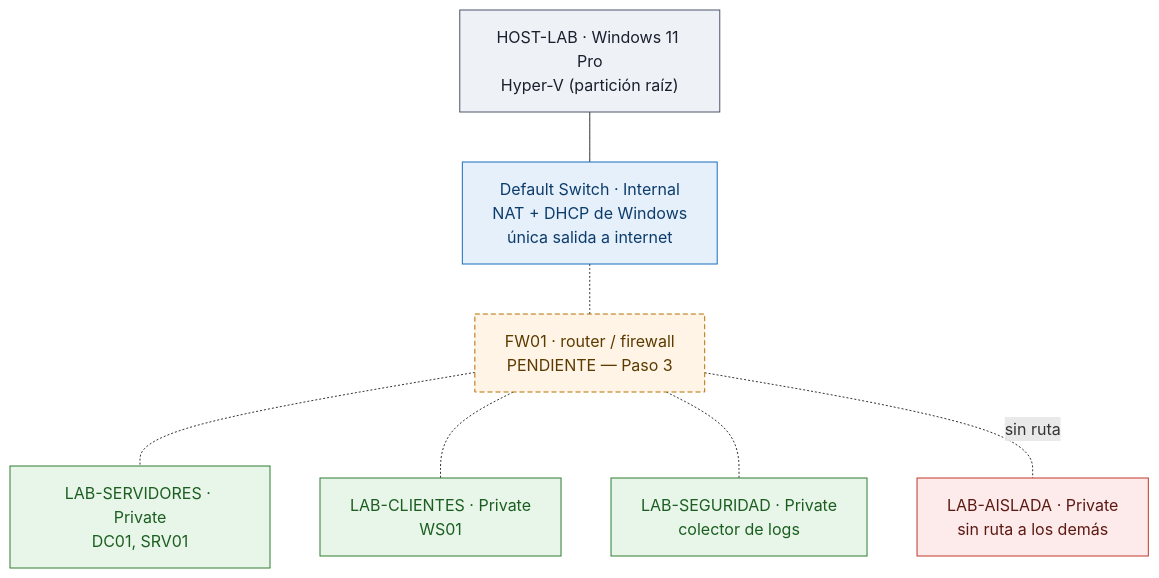
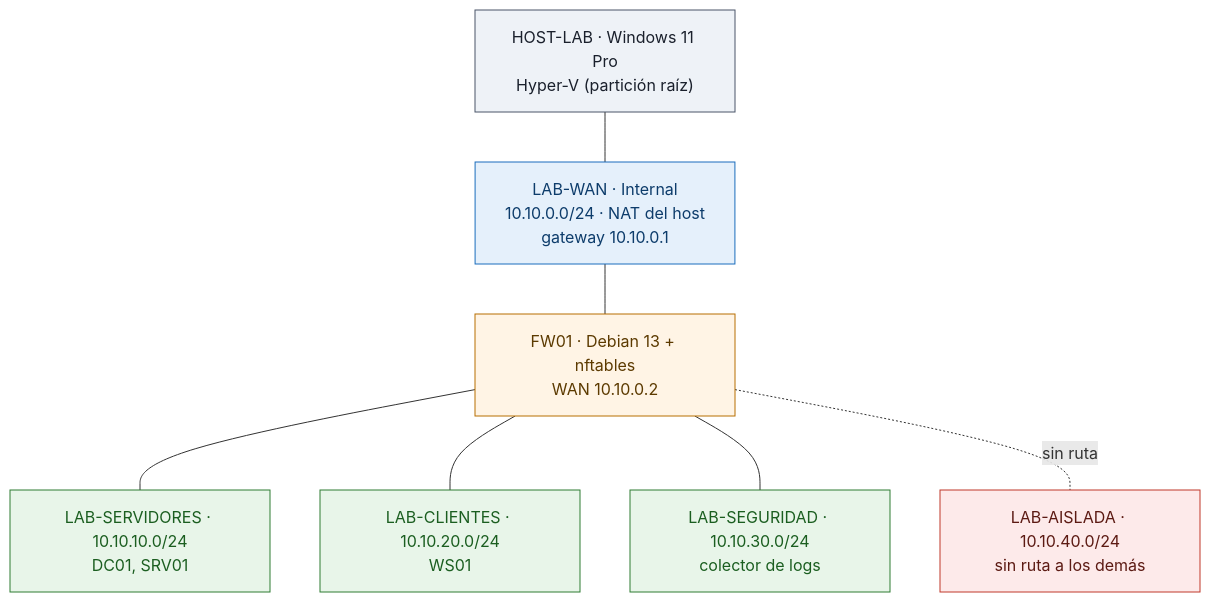
The diagram in README.md (JoacoLgo/homelab), drawn with Mermaid before and after one commit. The commit also changed other lines of this file and 1 other file, not shown here.

Commit message:
Actualizo el estado real del lab

````diff
--- a/README.md
+++ b/README.md
@@ -57,24 +57,24 @@
 ```mermaid
 graph TB
     HOST["HOST-LAB · Windows 11 Pro<br/>Hyper-V (partición raíz)"]:::host
-    NAT["Default Switch · Internal<br/>NAT + DHCP de Windows<br/>única salida a internet"]:::nat
-    FW["FW01 · router / firewall<br/>PENDIENTE — Paso 3"]:::todo
+    WAN["LAB-WAN · Internal<br/>10.10.0.0/24 · NAT del host<br/>gateway 10.10.0.1"]:::nat
+    FW["FW01 · Debian 13 + nftables<br/>WAN 10.10.0.2"]:::fw
 
-    S1["LAB-SERVIDORES · Private<br/>DC01, SRV01"]:::seg
-    S2["LAB-CLIENTES · Private<br/>WS01"]:::seg
-    S3["LAB-SEGURIDAD · Private<br/>colector de logs"]:::seg
-    S4["LAB-AISLADA · Private<br/>sin ruta a los demás"]:::iso
+    S1["LAB-SERVIDORES · 10.10.10.0/24<br/>DC01, SRV01"]:::seg
+    S2["LAB-CLIENTES · 10.10.20.0/24<br/>WS01"]:::seg
+    S3["LAB-SEGURIDAD · 10.10.30.0/24<br/>colector de logs"]:::seg
+    S4["LAB-AISLADA · 10.10.40.0/24<br/>sin ruta a los demás"]:::iso
 
-    HOST --- NAT
-    NAT -.- FW
-    FW -.- S1
-    FW -.- S2
-    FW -.- S3
+    HOST --- WAN
+    WAN --- FW
+    FW --- S1
+    FW --- S2
+    FW --- S3
     FW -.sin ruta.- S4
 
     classDef host fill:#eef2f7,stroke:#4a5568,color:#1a202c
     classDef nat fill:#e5f0fb,stroke:#1a6dbd,color:#0d3c6b
+    classDef fw fill:#fff4e5,stroke:#b76e00,color:#5c3a00
     classDef seg fill:#e8f5e9,stroke:#2e7d32,color:#1b5e20
     classDef iso fill:#fdeaea,stroke:#c0392b,color:#5c1a13
-    classDef todo fill:#fff4e5,stroke:#b76e00,color:#5c3a00,stroke-dasharray: 5 3
 ```
````
